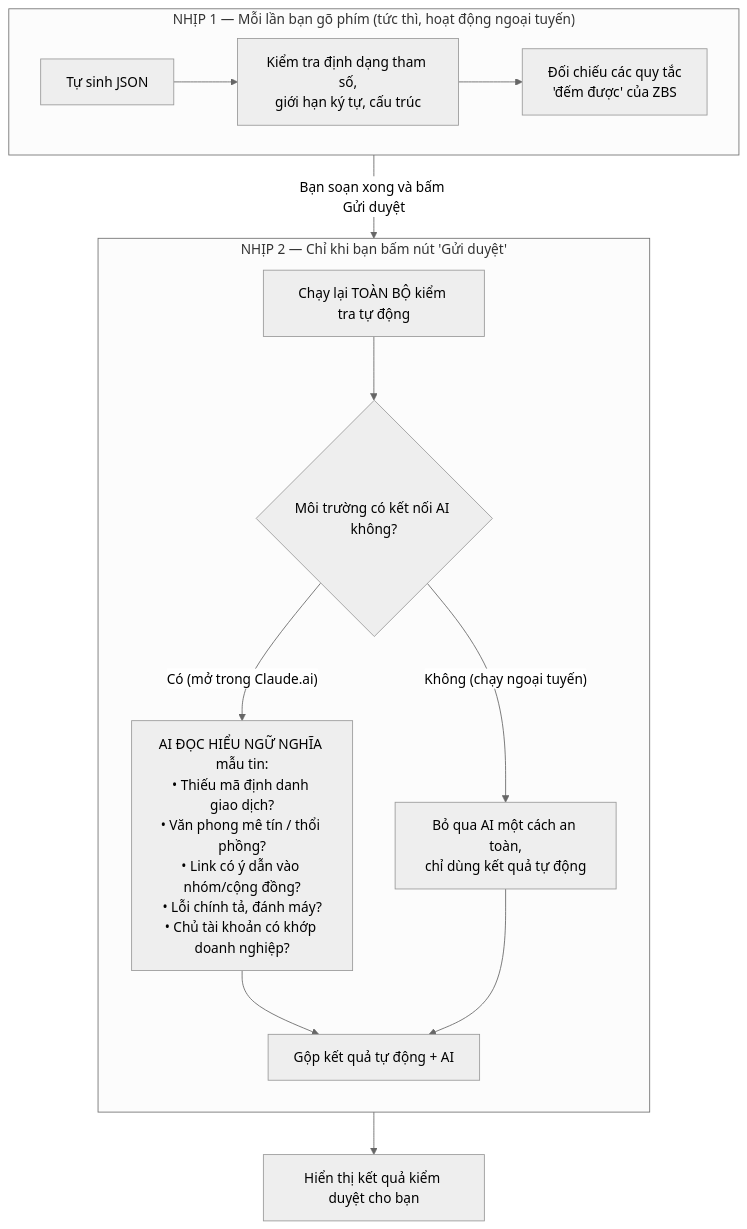
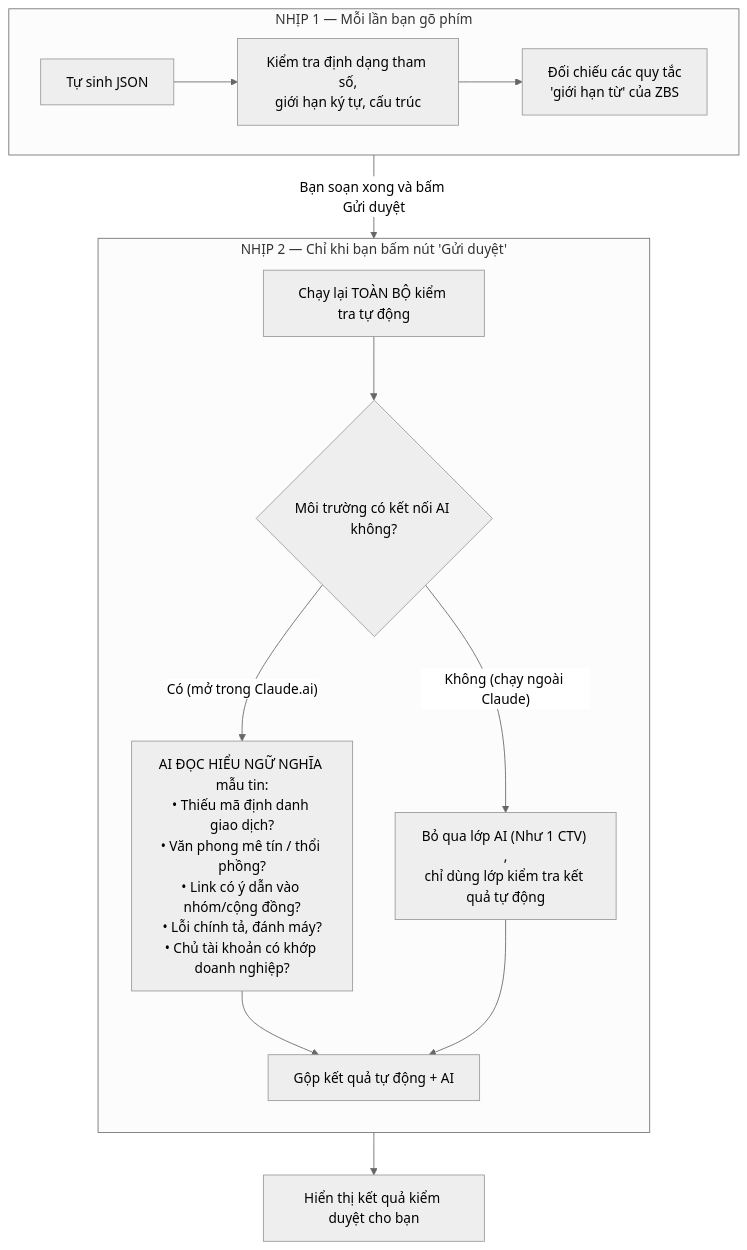
Before and after one commit to hwinhwork-dot/zbs-studio: the second of 3 diagrams in README.md, drawn with Mermaid (neutral theme). The commit also changed other lines of this file, not shown here.

````diff
--- a/README.md
+++ b/README.md
@@ -80,20 +80,20 @@
 ```mermaid
 flowchart TD
-    subgraph NHIP1[" NHỊP 1 — Mỗi lần bạn gõ phím (tức thì, hoạt động ngoại tuyến)"]
+    subgraph NHIP1[" NHỊP 1 — Mỗi lần bạn gõ phím "]
         direction LR
         R1["Tự sinh JSON"] --> R2["Kiểm tra định dạng tham số,<br/>giới hạn ký tự, cấu trúc"]
-        R2 --> R3["Đối chiếu các quy tắc<br/>'đếm được' của ZBS"]
+        R2 --> R3["Đối chiếu các quy tắc<br/>'giới hạn từ' của ZBS"]
     end
 
     subgraph NHIP2[" NHỊP 2 — Chỉ khi bạn bấm nút 'Gửi duyệt'"]
         direction TB
         S1["Chạy lại TOÀN BỘ kiểm tra tự động"] --> S2{"Môi trường có kết nối AI không?"}
         S2 -->|"Có (mở trong Claude.ai)"| S3[" AI ĐỌC HIỂU NGỮ NGHĨA mẫu tin:<br/>• Thiếu mã định danh giao dịch?<br/>• Văn phong mê tín / thổi phồng?<br/>• Link có ý dẫn vào nhóm/cộng đồng?<br/>• Lỗi chính tả, đánh máy?<br/>• Chủ tài khoản có khớp doanh nghiệp?"]
-        S2 -->|"Không (chạy ngoại tuyến)"| S4["Bỏ qua AI một cách an toàn,<br/>chỉ dùng kết quả tự động"]
+        S2 -->|"Không (chạy ngoài Claude)"| S4["Bỏ qua lớp AI (Như 1 CTV) ,<br/>chỉ dùng lớp kiểm tra kết quả tự động"]
         S3 --> S5["Gộp kết quả tự động + AI"]
         S4 --> S5
     end
 
     NHIP1 -->|"Bạn soạn xong và bấm Gửi duyệt"| NHIP2
     S5 --> OUT[" Hiển thị kết quả kiểm duyệt cho bạn"]
 ```
````
